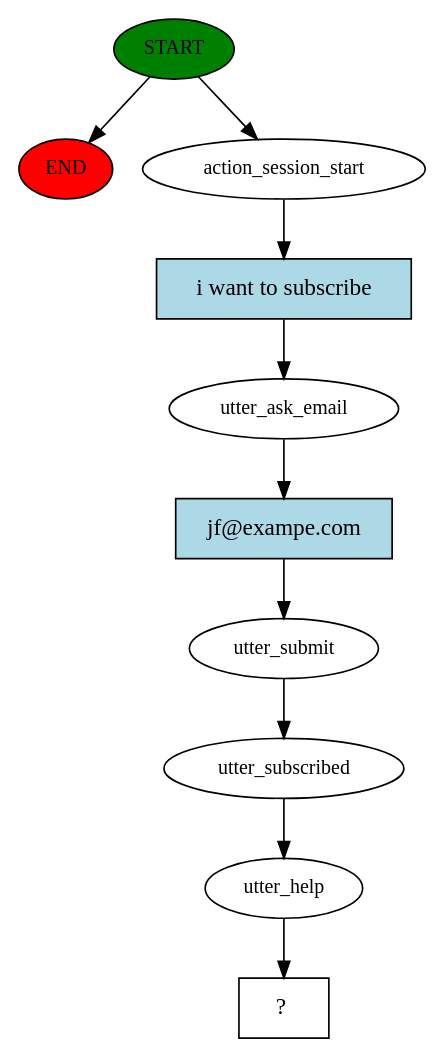
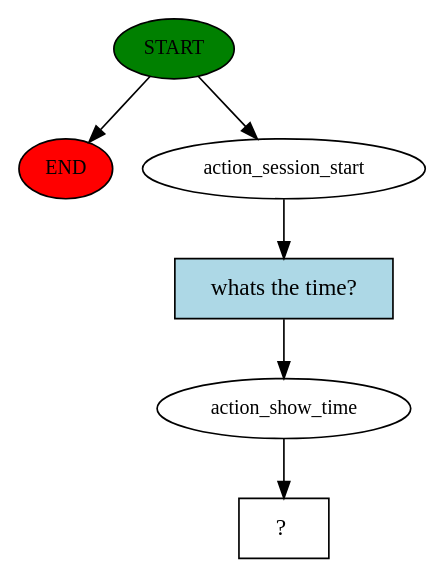
Before and after one commit to bg5fxp-JF/rasa_project_OIbot: the diagram in story_graph.dot, drawn with Graphviz. The commit also changed 4 other files, not shown here.

Commit message:
custom action added for telling the time

```diff
--- a/story_graph.dot
+++ b/story_graph.dot
@@ -1,21 +1,13 @@
 digraph  {
 0 [class="start active", fillcolor=green, fontsize=12, label=START, style=filled];
 "-1" [class=end, fillcolor=red, fontsize=12, label=END, style=filled];
 1 [class=active, fontsize=12, label=action_session_start];
-2 [class=active, fontsize=12, label=utter_ask_email];
-3 [class=active, fontsize=12, label=utter_submit];
-4 [class=active, fontsize=12, label=utter_subscribed];
-5 [class=active, fontsize=12, label=utter_help];
-6 [class="intent dashed active", label="  ?  ", shape=rect];
-7 [class="intent active", fillcolor=lightblue, label="i want to subscribe", shape=rect, style=filled];
-8 [class="intent active", fillcolor=lightblue, label="jf@exampe.com", shape=rect, style=filled];
+2 [class=active, fontsize=12, label=action_show_time];
+3 [class="intent dashed active", label="  ?  ", shape=rect];
+4 [class="intent active", fillcolor=lightblue, label="whats the time?", shape=rect, style=filled];
 0 -> "-1"  [class="", key=NONE, label=""];
 0 -> 1  [class=active, key=NONE, label=""];
-1 -> 7  [class=active, key=0];
-2 -> 8  [class=active, key=0];
-3 -> 4  [class=active, key=NONE, label=""];
-4 -> 5  [class=active, key=NONE, label=""];
-5 -> 6  [class=active, key=NONE, label=""];
-7 -> 2  [class=active, key=0];
-8 -> 3  [class=active, key=0];
+1 -> 4  [class=active, key=0];
+2 -> 3  [class=active, key=NONE, label=""];
+4 -> 2  [class=active, key=0];
 }
```
